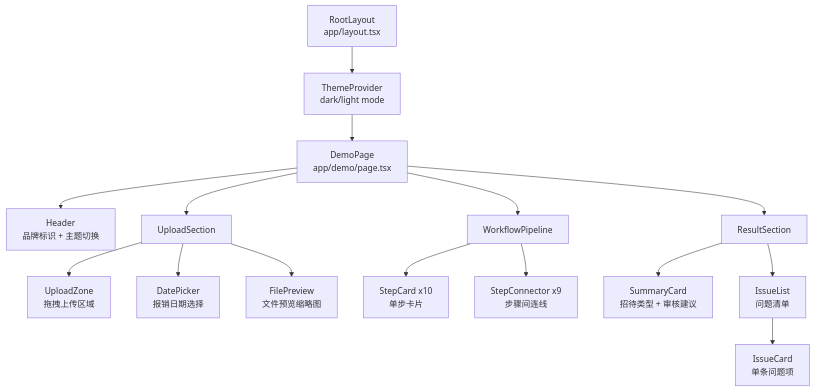
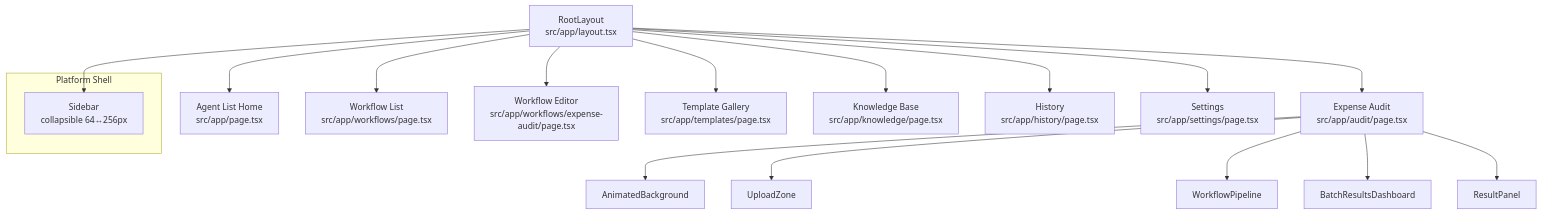
Before and after one commit to MARUCIE/dify-demo: the second of 7 diagrams in doc/00_project/initiative_21-dify-demo/SYSTEM_ARCHITECTURE.md, drawn with Mermaid. The commit also changed other lines of this file and 64 other files, not shown here.

First line of the commit message:
feat(dashboard): compact result cards + sub-doc analysis + AI summary

````diff
--- a/doc/00_project/initiative_21-dify-demo/SYSTEM_ARCHITECTURE.md
+++ b/doc/00_project/initiative_21-dify-demo/SYSTEM_ARCHITECTURE.md
@@ -57,22 +73,24 @@
 ```mermaid
 graph TD
-    APP[RootLayout<br/>app/layout.tsx]
-    APP --> THEME[ThemeProvider<br/>dark/light mode]
-    THEME --> PAGE[DemoPage<br/>app/demo/page.tsx]
+    APP[RootLayout<br/>src/app/layout.tsx]
 
-    PAGE --> HEADER[Header<br/>品牌标识 + 主题切换]
-    PAGE --> UPLOAD[UploadSection]
-    PAGE --> PIPELINE[WorkflowPipeline]
-    PAGE --> RESULT[ResultSection]
+    subgraph "Platform Shell"
+        SIDEBAR[Sidebar<br/>collapsible 64↔256px]
+    end
 
-    UPLOAD --> UZ[UploadZone<br/>拖拽上传区域]
-    UPLOAD --> DP[DatePicker<br/>报销日期选择]
-    UPLOAD --> FB[FilePreview<br/>文件预览缩略图]
+    APP --> SIDEBAR
+    APP --> HOME[Agent List Home<br/>src/app/page.tsx]
+    APP --> AUDIT[Expense Audit<br/>src/app/audit/page.tsx]
+    APP --> WFL[Workflow List<br/>src/app/workflows/page.tsx]
+    APP --> WFE[Workflow Editor<br/>src/app/workflows/expense-audit/page.tsx]
+    APP --> TPL[Template Gallery<br/>src/app/templates/page.tsx]
+    APP --> KB[Knowledge Base<br/>src/app/knowledge/page.tsx]
+    APP --> HIST[History<br/>src/app/history/page.tsx]
+    APP --> SET[Settings<br/>src/app/settings/page.tsx]
 
-    PIPELINE --> SC1[StepCard x10<br/>单步卡片]
-    PIPELINE --> CONN[StepConnector x9<br/>步骤间连线]
-
-    RESULT --> SUM[SummaryCard<br/>招待类型 + 审核建议]
-    RESULT --> ISS[IssueList<br/>问题清单]
-    ISS --> IC[IssueCard<br/>单条问题项]
+    AUDIT --> BG[AnimatedBackground]
+    AUDIT --> UZ[UploadZone]
+    AUDIT --> PIPELINE[WorkflowPipeline]
+    AUDIT --> DASH[BatchResultsDashboard]
+    AUDIT --> RESULT[ResultPanel]
 ```
````
